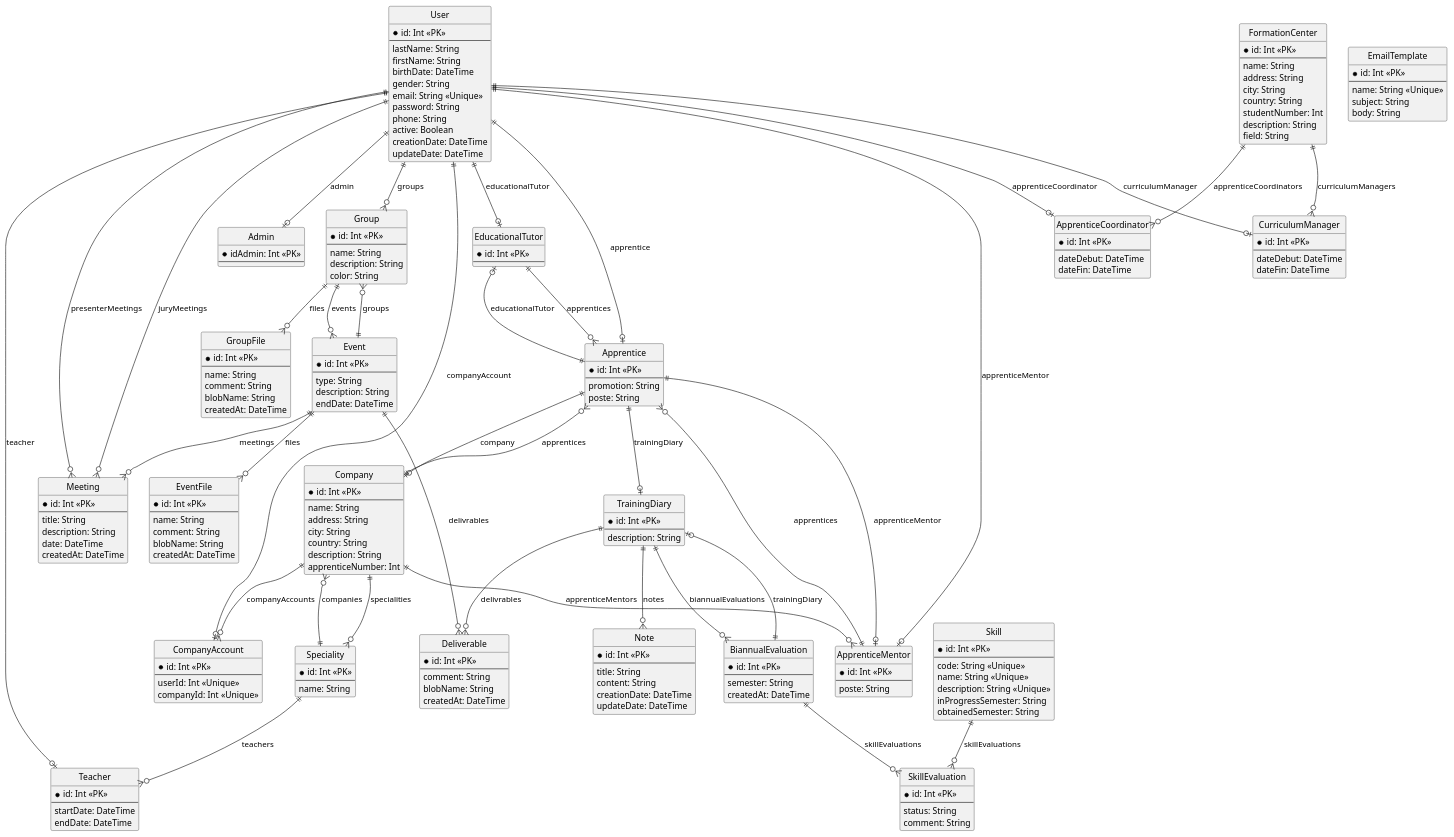
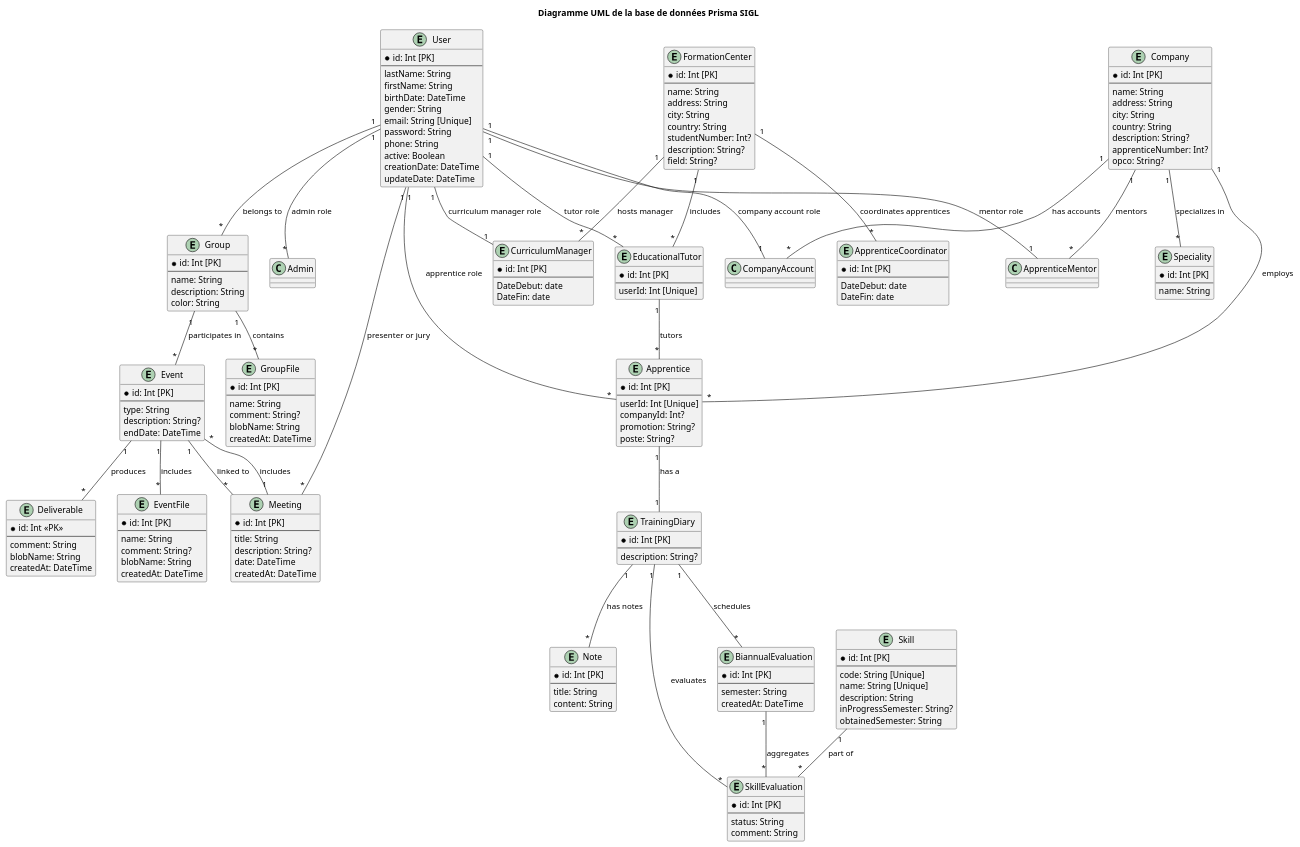
Before and after one commit to fastgn/SIGL: the diagram in apps/server/prisma/docs/uml.puml, drawn with PlantUML. The commit also changed 1 other file, not shown here.

```diff
--- a/apps/server/prisma/docs/uml.puml
+++ b/apps/server/prisma/docs/uml.puml
@@ -1,14 +1,15 @@
 @startuml
-hide circle
+
+title Diagramme UML de la base de données Prisma SIGL
 
 entity User {
-  * id: Int <<PK>>
+  * id: Int [PK]
   --
   lastName: String
   firstName: String
   birthDate: DateTime
   gender: String
-  email: String <<Unique>>
+  email: String [Unique]
   password: String
   phone: String
   active: Boolean
@@ -17,110 +18,142 @@
 }
 
 entity Group {
-  * id: Int <<PK>>
+  * id: Int [PK]
   --
   name: String
   description: String
   color: String
 }
 
+entity Note {
+  * id: Int [PK]
+  --
+  title: String
+  content: String
+}
+
+entity CurriculumManager{
+  * id: Int [PK]
+  --
+  DateDebut: date
+  DateFin: date
+}
+
 entity GroupFile {
-  * id: Int <<PK>>
+  * id: Int [PK]
   --
   name: String
-  comment: String
+  comment: String?
   blobName: String
   createdAt: DateTime
 }
 
 entity FormationCenter {
-  * id: Int <<PK>>
+  * id: Int [PK]
   --
   name: String
   address: String
   city: String
   country: String
-  studentNumber: Int
-  description: String
-  field: String
+  studentNumber: Int?
+  description: String?
+  field: String?
 }
 
 entity EducationalTutor {
-  * id: Int <<PK>>
+  * id: Int [PK]
   --
+  userId: Int [Unique]
 }
 
 entity Apprentice {
-  * id: Int <<PK>>
+  * id: Int [PK]
   --
-  promotion: String
-  poste: String
-}
-
-entity ApprenticeMentor {
-  * id: Int <<PK>>
-  --
-  poste: String
-}
-
-entity Teacher {
-  * id: Int <<PK>>
-  --
-  startDate: DateTime
-  endDate: DateTime
-}
-
-entity CurriculumManager {
-  * id: Int <<PK>>
-  --
-  dateDebut: DateTime
-  dateFin: DateTime
-}
-
-entity ApprenticeCoordinator {
-  * id: Int <<PK>>
-  --
-  dateDebut: DateTime
-  dateFin: DateTime
-}
-
-entity Admin {
-  * idAdmin: Int <<PK>>
-  --
+  userId: Int [Unique]
+  companyId: Int?
+  promotion: String?
+  poste: String?
 }
 
 entity Company {
-  * id: Int <<PK>>
+  * id: Int [PK]
   --
   name: String
   address: String
   city: String
   country: String
-  description: String
-  apprenticeNumber: Int
+  description: String?
+  apprenticeNumber: Int?
+  opco: String?
+}
+
+entity Speciality {
+  * id: Int [PK]
+  --
+  name: String
 }
 
 entity Event {
-  * id: Int <<PK>>
+  * id: Int [PK]
   --
   type: String
-  description: String
+  description: String?
   endDate: DateTime
 }
 
+entity EventFile {
+  * id: Int [PK]
+  --
+  name: String
+  comment: String?
+  blobName: String
+  createdAt: DateTime
+}
+
 entity Meeting {
-  * id: Int <<PK>>
+  * id: Int [PK]
   --
   title: String
-  description: String
+  description: String?
   date: DateTime
   createdAt: DateTime
 }
 
 entity TrainingDiary {
-  * id: Int <<PK>>
+  * id: Int [PK]
   --
+  description: String?
+}
+
+entity Skill {
+  * id: Int [PK]
+  --
+  code: String [Unique]
+  name: String [Unique]
   description: String
+  inProgressSemester: String?
+  obtainedSemester: String
+}
+
+entity SkillEvaluation {
+  * id: Int [PK]
+  --
+  status: String
+  comment: String
+}
+
+entity BiannualEvaluation {
+  * id: Int [PK]
+  --
+  semester: String
+  createdAt: DateTime
+}
+
+entity ApprenticeCoordinator {
+  * id: Int [PK]
+  --
+  DateDebut: date
+  DateFin: date
 }
 
 entity Deliverable {
@@ -131,108 +164,33 @@
   createdAt: DateTime
 }
 
-entity Note {
-  * id: Int <<PK>>
-  --
-  title: String
-  content: String
-  creationDate: DateTime
-  updateDate: DateTime
-}
-
-entity Speciality {
-  * id: Int <<PK>>
-  --
-  name: String
-}
-
-entity EmailTemplate {
-  * id: Int <<PK>>
-  --
-  name: String <<Unique>>
-  subject: String
-  body: String
-}
-
-entity Skill {
-  * id: Int <<PK>>
-  --
-  code: String <<Unique>>
-  name: String <<Unique>>
-  description: String <<Unique>>
-  inProgressSemester: String
-  obtainedSemester: String
-}
-
-entity SkillEvaluation {
-  * id: Int <<PK>>
-  --
-  status: String
-  comment: String
-}
-
-entity EventFile {
-  * id: Int <<PK>>
-  --
-  name: String
-  comment: String
-  blobName: String
-  createdAt: DateTime
-}
-
-entity BiannualEvaluation {
-  * id: Int <<PK>>
-  --
-  semester: String
-  createdAt: DateTime
-}
-
-entity CompanyAccount {
-  * id: Int <<PK>>
-  --
-  userId: Int <<Unique>>
-  companyId: Int <<Unique>>
-}
-
-' Relations pour User
-User ||--o| EducationalTutor : educationalTutor
-User ||--o| Apprentice : apprentice
-User ||--o| ApprenticeMentor : apprenticeMentor
-User ||--o| Teacher : teacher
-User ||--o| CurriculumManager : curriculumManager
-User ||--o| ApprenticeCoordinator : apprenticeCoordinator
-User ||--o| Admin : admin
-User ||--o| CompanyAccount : companyAccount
-User ||--o{ Group : groups
-User ||--o{ Meeting : presenterMeetings
-User ||--o{ Meeting : juryMeetings
-
-' Relations entre les autres modèles
-Group ||--o{ GroupFile : files
-Group ||--o{ Event : events
-FormationCenter ||--o{ ApprenticeCoordinator : apprenticeCoordinators
-FormationCenter ||--o{ CurriculumManager : curriculumManagers
-EducationalTutor ||--o{ Apprentice : apprentices
-Apprentice ||--o| Company : company
-Apprentice ||--o| EducationalTutor : educationalTutor
-Apprentice ||--o| ApprenticeMentor : apprenticeMentor
-Apprentice ||--o| TrainingDiary : trainingDiary
-ApprenticeMentor ||--o{ Apprentice : apprentices
-Company ||--o{ Apprentice : apprentices
-Company ||--o{ ApprenticeMentor : apprenticeMentors
-Company ||--o{ Speciality : specialities
-Company ||--o{ CompanyAccount : companyAccounts
-Event ||--o{ Group : groups
-Event ||--o{ Deliverable : delivrables
-Event ||--o{ EventFile : files
-Event ||--o{ Meeting : meetings
-TrainingDiary ||--o{ Deliverable : delivrables
-TrainingDiary ||--o{ Note : notes
-TrainingDiary ||--o{ BiannualEvaluation : biannualEvaluations
-Speciality ||--o{ Teacher : teachers
-Speciality ||--o{ Company : companies
-Skill ||--o{ SkillEvaluation : skillEvaluations
-BiannualEvaluation ||--o{ SkillEvaluation : skillEvaluations
-BiannualEvaluation ||--o| TrainingDiary : trainingDiary
+User "1" -- "*" Group : belongs to
+User "1" -- "*" Meeting : presenter or jury
+User "1" -- "*" EducationalTutor : tutor role
+User "1" -- "*" Apprentice : apprentice role
+User "1" -- "*" Admin : admin role
+User "1" -- "1" ApprenticeMentor : mentor role
+User "1" -- "1" CurriculumManager : curriculum manager role
+User "1" -- "1" CompanyAccount : company account role
+Group "1" -- "*" GroupFile : contains
+Group "1" -- "*" Event : participates in
+Apprentice "1" -- "1" TrainingDiary : has a
+FormationCenter "1" -- "*" EducationalTutor : includes
+FormationCenter "1" -- "*" CurriculumManager : hosts manager
+FormationCenter "1" -- "*" ApprenticeCoordinator : coordinates apprentices
+EducationalTutor "1" -- "*" Apprentice : tutors
+Company "1" -- "*" Apprentice : employs
+Company "1" -- "*" ApprenticeMentor : mentors
+Company "1" -- "*" Speciality : specializes in
+Company "1" -- "*" CompanyAccount : has accounts
+Event "1" -- "*" EventFile : includes
+Event "1" -- "*" Meeting : linked to
+Event "1" -- "*" Deliverable : produces
+TrainingDiary "1" -- "*" SkillEvaluation : evaluates
+TrainingDiary "1" -- "*" Note : has notes
+TrainingDiary "1" -- "*" BiannualEvaluation : schedules
+Skill "1" -- "*" SkillEvaluation : part of
+BiannualEvaluation "1" -- "*" SkillEvaluation : aggregates
+Meeting "1" -- "*" Event : includes
 
 @enduml
```
